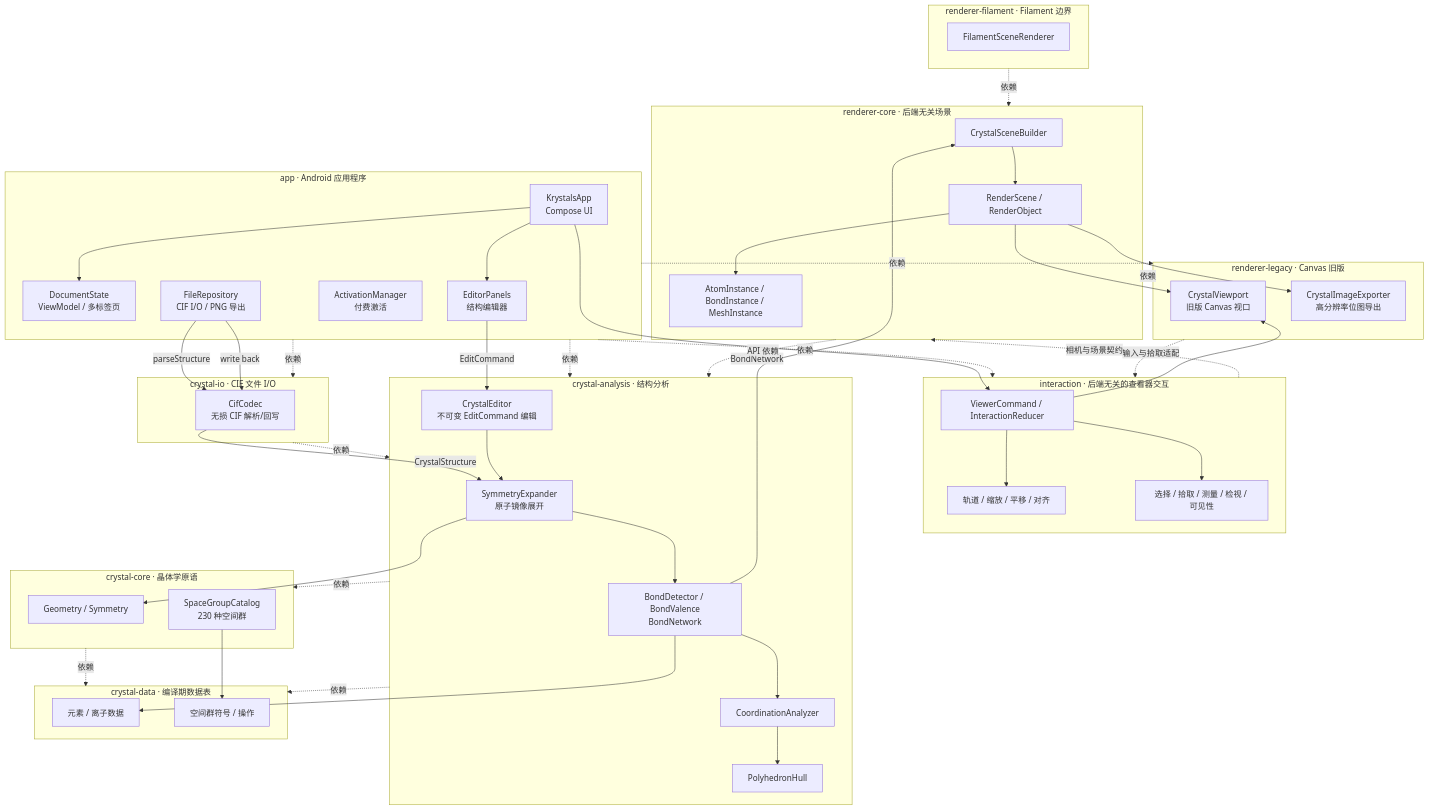
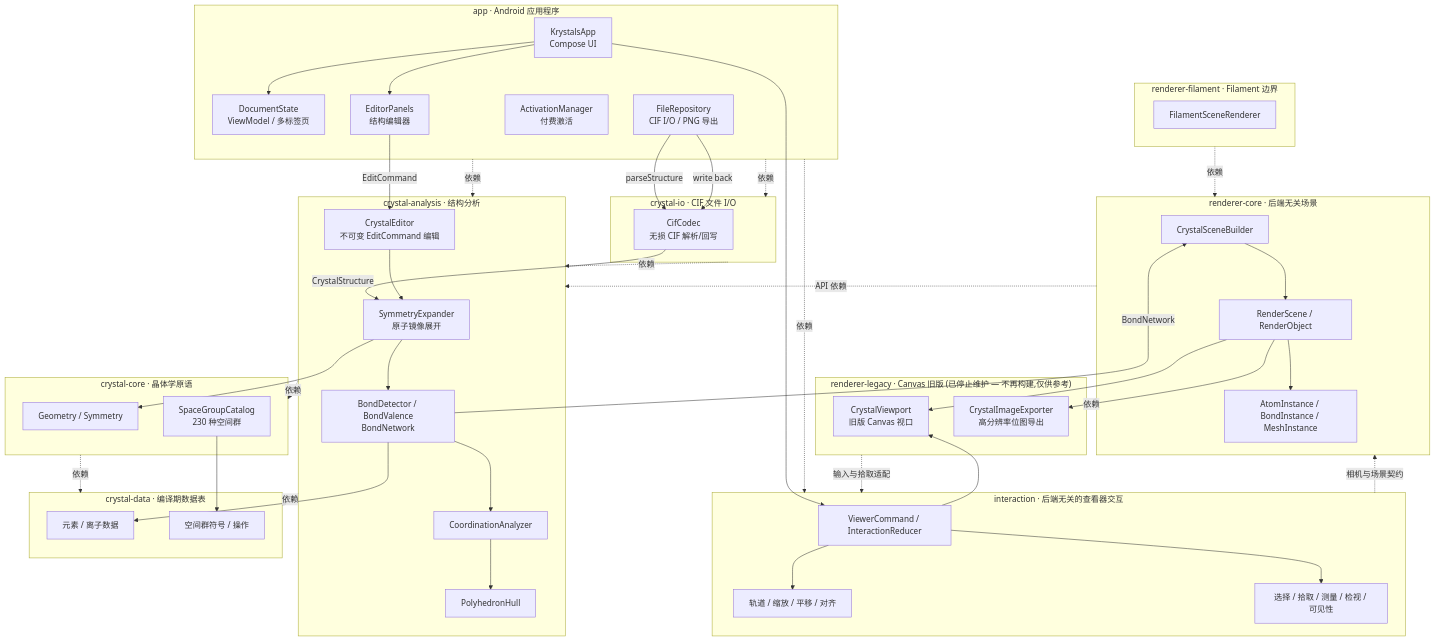
The diagram in README_cn.md (SUPERkelesss/Krystals), drawn with Mermaid before and after one commit. The commit also changed 13 other files, not shown here.

First line of the commit message:
feat(app): fix rendering on Filament; declare renderer-legacy end-of-life

````diff
--- a/README_cn.md
+++ b/README_cn.md
@@ -55,82 +55,81 @@
 ```mermaid
 flowchart TB
     subgraph app["app · Android 应用程序"]
         UI["KrystalsApp<br/>Compose UI"]
         VM["DocumentState<br/>ViewModel / 多标签页"]
         Edit["EditorPanels<br/>结构编辑器"]
         Repo["FileRepository<br/>CIF I/O / PNG 导出"]
         Act["ActivationManager<br/>付费激活"]
     end
     subgraph interaction["interaction · 后端无关的查看器交互"]
         Commands["ViewerCommand / InteractionReducer"]
         CameraControl["轨道 / 缩放 / 平移 / 对齐"]
         ViewerTools["选择 / 拾取 / 测量 / 检视 / 可见性"]
     end
     subgraph rendererCore["renderer-core · 后端无关场景"]
         Builder["CrystalSceneBuilder"]
         Scene["RenderScene / RenderObject"]
         Primitive["AtomInstance / BondInstance / MeshInstance"]
     end
-    subgraph rendererLegacy["renderer-legacy · Canvas 旧版"]
+    subgraph rendererLegacy["renderer-legacy · Canvas 旧版 (已停止维护 — 不再构建,仅供参考)"]
         VP["CrystalViewport<br/>旧版 Canvas 视口"]
         Exp["CrystalImageExporter<br/>高分辨率位图导出"]
     end
     subgraph rendererFilament["renderer-filament · Filament 边界"]
         Filament["FilamentSceneRenderer"]
     end
     subgraph io["crystal-io · CIF 文件 I/O"]
         Codec["CifCodec<br/>无损 CIF 解析/回写"]
     end
     subgraph analysis["crystal-analysis · 结构分析"]
         Symmetry["SymmetryExpander<br/>原子镜像展开"]
         Bonds["BondDetector / BondValence<br/>BondNetwork"]
         Coordination["CoordinationAnalyzer"]
         Hull["PolyhedronHull"]
         Editor["CrystalEditor<br/>不可变 EditCommand 编辑"]
     end
     subgraph core["crystal-core · 晶体学原语"]
         Geometry["Geometry / Symmetry"]
         SG["SpaceGroupCatalog<br/>230 种空间群"]
     end
     subgraph data["crystal-data · 编译期数据表"]
         Elements["元素 / 离子数据"]
         SpaceGroups["空间群符号 / 操作"]
     end
 
     UI --> Commands
     Commands --> CameraControl
     Commands --> ViewerTools
     Commands --> VP
     UI --> Edit
     UI --> VM
     Repo -->|"parseStructure"| Codec
     Codec -->|"CrystalStructure"| Symmetry
     Edit -->|"EditCommand"| Editor
     Editor --> Symmetry
     Symmetry --> Bonds
     Bonds -->|"BondNetwork"| Builder
     Builder --> Scene
     Scene --> Primitive
     Scene --> VP
     Scene --> Exp
     Bonds --> Coordination
     Coordination --> Hull
     Repo -->|"write back"| Codec
     Symmetry --> Geometry
     SG --> SpaceGroups
     Bonds --> Elements
 
-    app -.->|依赖| rendererLegacy
     app -.->|依赖| interaction
     app -.->|依赖| analysis
     app -.->|依赖| io
     rendererCore -.->|API 依赖| analysis
     rendererLegacy -.->|依赖| rendererCore
     rendererLegacy -.->|输入与拾取适配| interaction
     interaction -.->|相机与场景契约| rendererCore
     rendererFilament -.->|依赖| rendererCore
     io -.->|依赖| analysis
     analysis -.->|依赖| core
     analysis -.->|依赖| data
     core -.->|依赖| data
 ```
````
